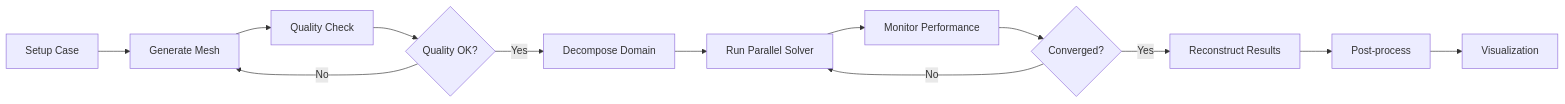
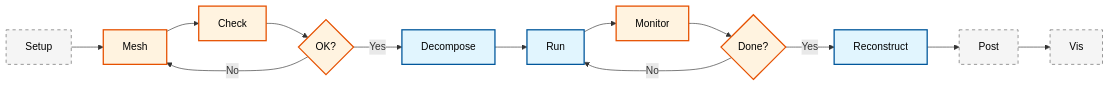
Before and after one commit to wramet/build-my-cfd: the second of 2 diagrams in MODULE_07_UTILITIES_AUTOMATION/CONTENT/06_PARALLEL_COMPUTING/03_Optimization_Techniques.md, drawn with Mermaid. The commit also changed other lines of this file and 313 other files, not shown here.

Commit message:
Revise all diagram

````diff
--- a/MODULE_07_UTILITIES_AUTOMATION/CONTENT/06_PARALLEL_COMPUTING/03_Optimization_Techniques.md
+++ b/MODULE_07_UTILITIES_AUTOMATION/CONTENT/06_PARALLEL_COMPUTING/03_Optimization_Techniques.md
@@ -540,17 +537,18 @@
 ```mermaid
 flowchart LR
-    A["Setup Case"] --> B["Generate Mesh"]
-    B --> C["Quality Check"]
-    C --> D{Quality OK?}
-    D -->|No| B
-    D -->|Yes| E["Decompose Domain"]
-
-    E --> F["Run Parallel Solver"]
-    F --> G["Monitor Performance"]
-    G --> H{Converged?}
-    H -->|No| F
-    H -->|Yes| I["Reconstruct Results"]
-
-    I --> J["Post-process"]
-    J --> K["Visualization"]
+classDef implicit fill:#e1f5fe,stroke:#01579b,stroke-width:2px,color:#000
+classDef explicit fill:#fff3e0,stroke:#e65100,stroke-width:2px,color:#000
+classDef context fill:#f5f5f5,stroke:#616161,stroke-width:1px,color:#000,stroke-dasharray: 5 5
+A[Setup]:::context --> B[Mesh]:::explicit
+B --> C[Check]:::explicit
+C --> D{OK?}:::explicit
+D -->|No| B
+D -->|Yes| E[Decompose]:::implicit
+E --> F[Run]:::implicit
+F --> G[Monitor]:::explicit
+G --> H{Done?}:::explicit
+H -->|No| F
+H -->|Yes| I[Reconstruct]:::implicit
+I --> J[Post]:::context
+J --> K[Vis]:::context
 ```
````
